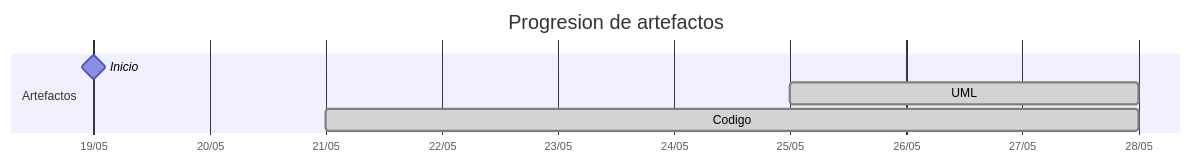
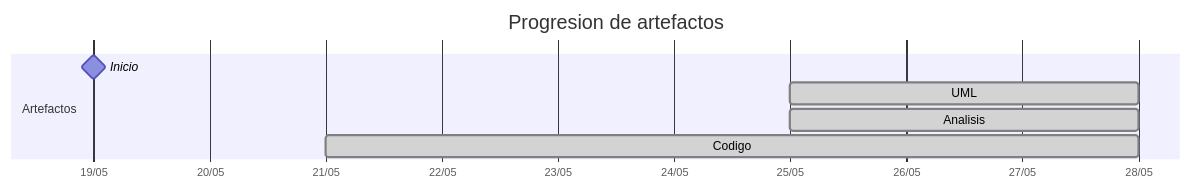
The diagram in TIMELINES/marcosgutierrez6.md (carlos-alvarado-25/25-26-idsw2-sdVC), drawn with Mermaid before and after one commit. The commit also changed other lines of this file and 6 other files, not shown here.

````diff
--- a/TIMELINES/marcosgutierrez6.md
+++ b/TIMELINES/marcosgutierrez6.md
@@ -15,10 +15,11 @@
 ```mermaid
 gantt
     title Progresion de artefactos
     dateFormat YYYY-MM-DD
     axisFormat %d/%m
     section Artefactos
         Inicio       :milestone, 2026-05-19, 0d
         UML          :done, 2026-05-25, 2026-05-28
+        Analisis     :done, 2026-05-25, 2026-05-28
         Codigo       :done, 2026-05-21, 2026-05-28
 ```
````
